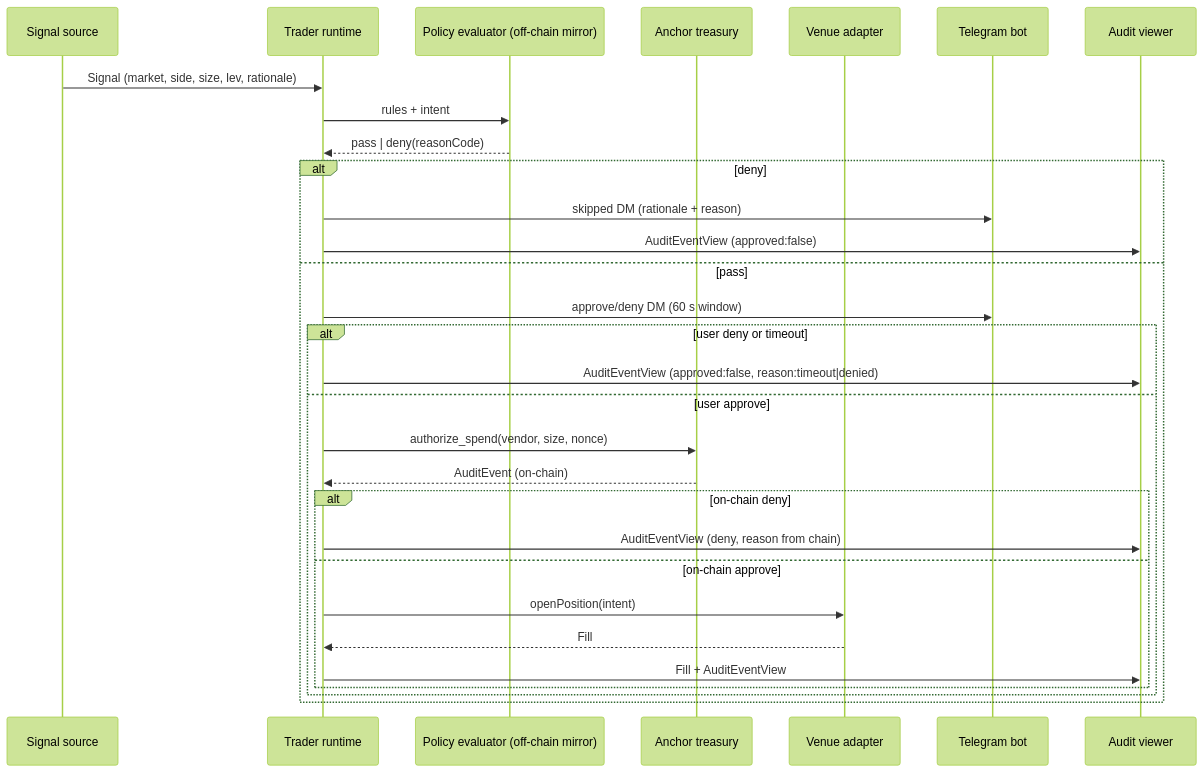
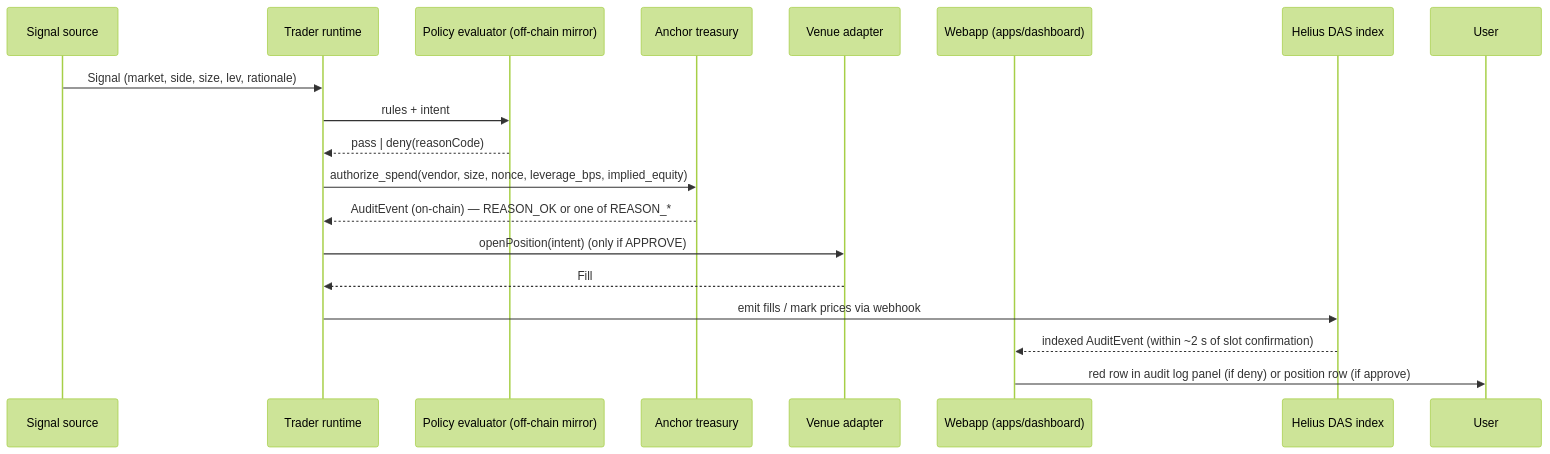
Before and after one commit to Therealratoshen/trade-on-my-behalf: the diagram in docs/agent-runtime.md, drawn with Mermaid (forest theme). The commit also changed other lines of this file and 33 other files, not shown here.

````diff
--- a/docs/agent-runtime.md
+++ b/docs/agent-runtime.md
@@ -21,33 +22,21 @@
 ```mermaid
 sequenceDiagram
     participant Signal as Signal source
     participant Runtime as Trader runtime
     participant Eval as Policy evaluator (off-chain mirror)
     participant Anchor as Anchor treasury
     participant Venue as Venue adapter
-    participant TG as Telegram bot
-    participant Dash as Audit viewer
+    participant Web as Webapp (apps/dashboard)
+    participant Helius as Helius DAS index
 
     Signal->>Runtime: Signal (market, side, size, lev, rationale)
     Runtime->>Eval: rules + intent
     Eval-->>Runtime: pass | deny(reasonCode)
-    alt deny
-        Runtime->>TG: skipped DM (rationale + reason)
-        Runtime->>Dash: AuditEventView (approved:false)
-    else pass
-        Runtime->>TG: approve/deny DM (60 s window)
-        alt user deny or timeout
-            Runtime->>Dash: AuditEventView (approved:false, reason:timeout|denied)
-        else user approve
-            Runtime->>Anchor: authorize_spend(vendor, size, nonce)
-            Anchor-->>Runtime: AuditEvent (on-chain)
-            alt on-chain deny
-                Runtime->>Dash: AuditEventView (deny, reason from chain)
-            else on-chain approve
-                Runtime->>Venue: openPosition(intent)
-                Venue-->>Runtime: Fill
-                Runtime->>Dash: Fill + AuditEventView
-            end
-        end
-    end
+    Runtime->>Anchor: authorize_spend(vendor, size, nonce, leverage_bps, implied_equity)
+    Anchor-->>Runtime: AuditEvent (on-chain) — REASON_OK or one of REASON_*
+    Runtime->>Venue: openPosition(intent) (only if APPROVE)
+    Venue-->>Runtime: Fill
+    Runtime->>Helius: emit fills / mark prices via webhook
+    Helius-->>Web: indexed AuditEvent (within ~2 s of slot confirmation)
+    Web->>User: red row in audit log panel (if deny) or position row (if approve)
 ```
````
